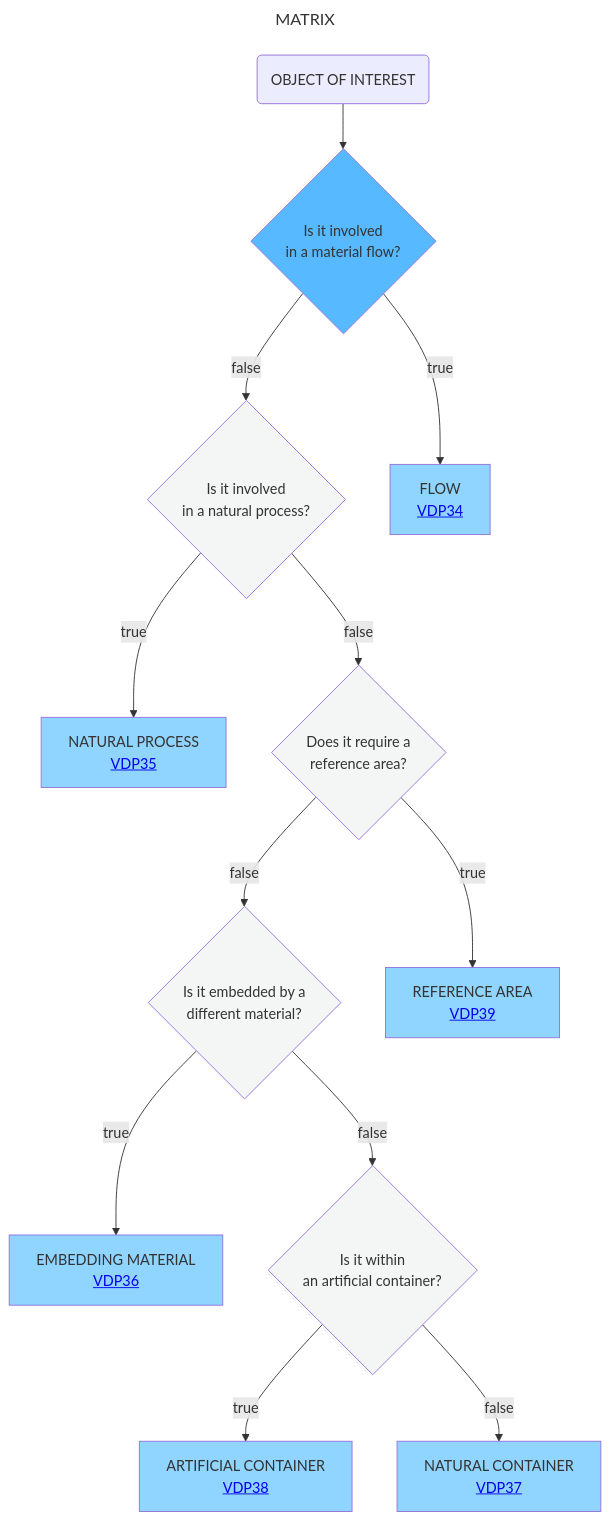
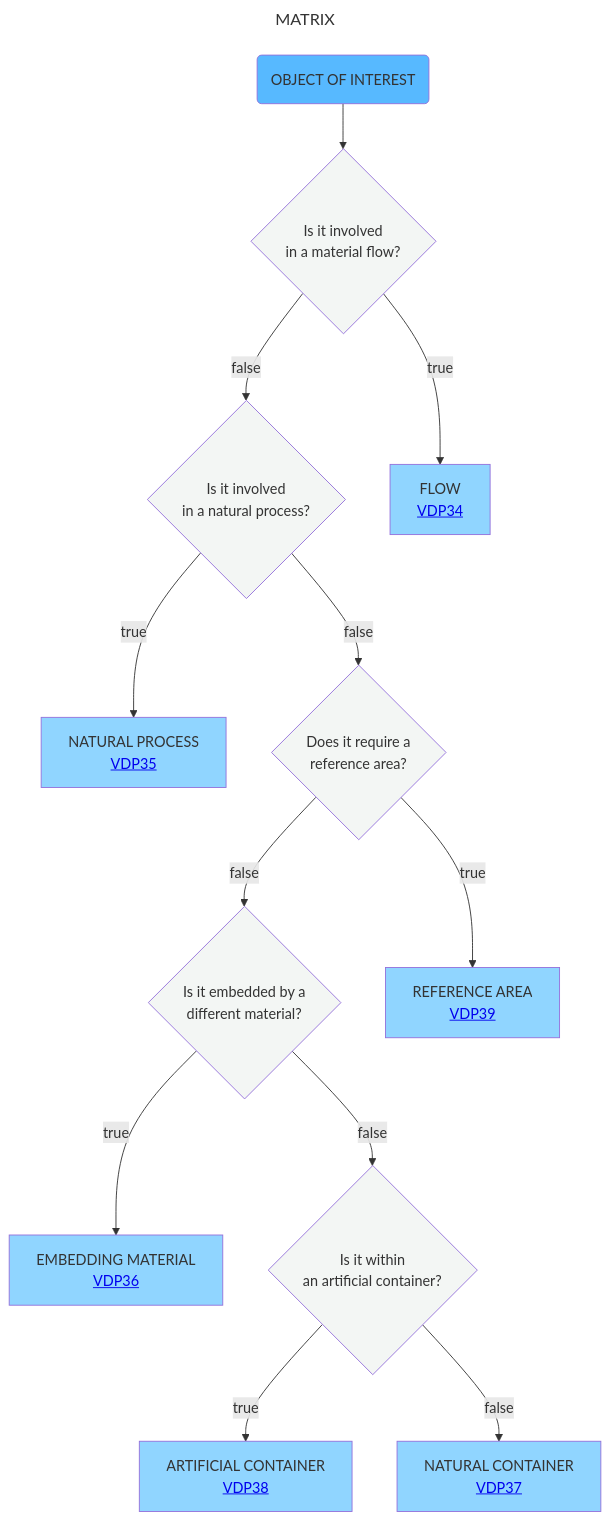
The diagram in Decisition_trees/DT7.mmd (mabablue/I-ADOPT-patterns-playground), drawn with Mermaid before and after one commit.

```diff
--- a/Decisition_trees/DT7.mmd
+++ b/Decisition_trees/DT7.mmd
@@ -1,20 +1,20 @@
 ---
 title: MATRIX
 ---
 flowchart TD
-    A(OBJECT OF INTEREST) --> AB{Is it involved <br> in a material flow?}:::satblue  
+    A(OBJECT OF INTEREST):::satblue  --> AB{Is it involved <br> in a material flow?}:::white
     AB --> |false|B{Is it involved <br> in a natural process?}:::white
     AB --> |true|O[FLOW <br> <a href='https://github.com/mabablue/I-ADOPT-patterns-playground/blob/main/pattern/VDP34.yaml'>VDP34</a>]:::blue
     B --> |true|C[NATURAL PROCESS <br> <a href='https://github.com/mabablue/I-ADOPT-patterns-playground/blob/main/pattern/VDP35.yaml'>VDP35</a>]:::blue
     B --> |false|D{Does it require a <br> reference area?}:::white
     D --> |false|E{Is it embedded by a <br> different material?}:::white
     D --> |true|F[REFERENCE AREA <br> <a href='https://github.com/mabablue/I-ADOPT-patterns-playground/blob/main/pattern/VDP39.yaml'>VDP39</a>]:::blue
     E --> |true|G[EMBEDDING MATERIAL <br> <a href='https://github.com/mabablue/I-ADOPT-patterns-playground/blob/main/pattern/VDP36.yaml'>VDP36</a>]:::blue
     E --> |false|H{Is it within <br> an artificial container?}:::white
     H --> |true|I[ARTIFICIAL CONTAINER <br> <a href='https://github.com/mabablue/I-ADOPT-patterns-playground/blob/main/pattern/VDP38.yaml'>VDP38</a>]:::blue
     H --> |false|J[NATURAL CONTAINER <br> <a href='https://github.com/mabablue/I-ADOPT-patterns-playground/blob/main/pattern/VDP37.yaml'>VDP37</a>]:::blue
 
    classDef blue fill:#90D5FF
    classDef satblue fill:#57B9FF 
    classDef white fill:#f3f6f4
    classDef green fill:#6aa84f
```
